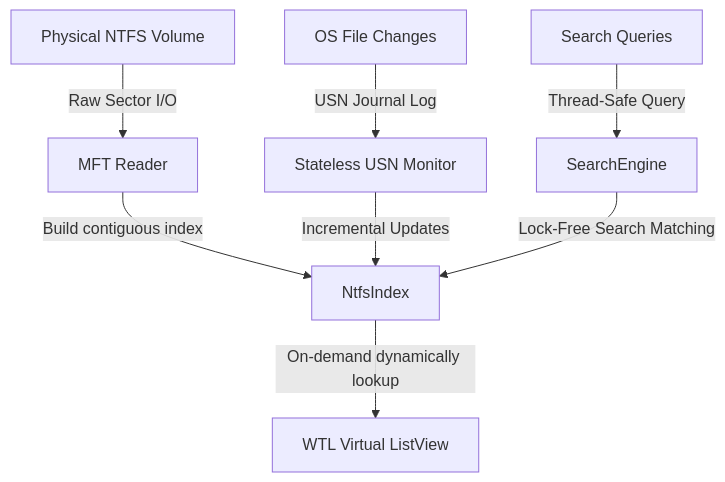
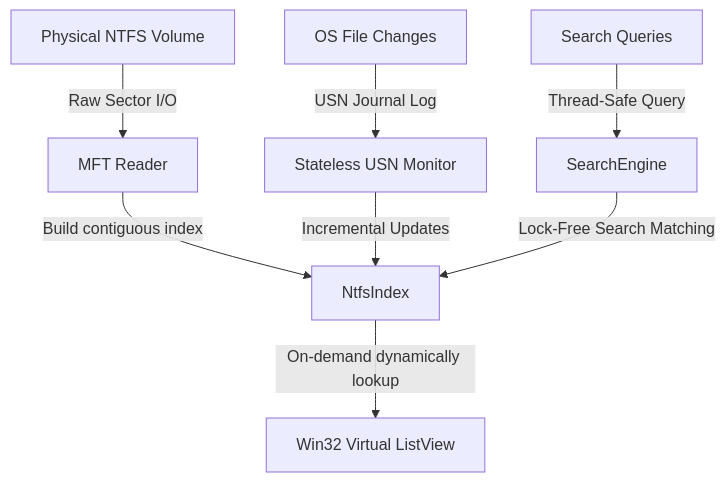
One commit to Dinesh6777/FastSearch changed the diagram in README.md. Above: the diagram before and after it, drawn with Mermaid. The commit also changed other lines of this file and 1 other file, not shown here.

````diff
--- a/README.md
+++ b/README.md
@@ -34,10 +40,10 @@
 ```mermaid
 graph TD
     A[Physical NTFS Volume] -->|Raw Sector I/O| B[MFT Reader]
     B -->|Build contiguous index| C[NtfsIndex]
     D[OS File Changes] -->|USN Journal Log| E[Stateless USN Monitor]
     E -->|Incremental Updates| C
-    C -->|On-demand dynamically lookup| F[WTL Virtual ListView]
+    C -->|On-demand dynamically lookup| F[Win32 Virtual ListView]
     G[Search Queries] -->|Thread-Safe Query| H[SearchEngine]
     H -->|Lock-Free Search Matching| C
 ```
````
